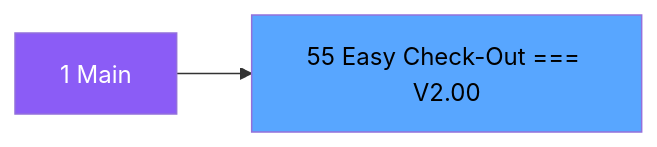
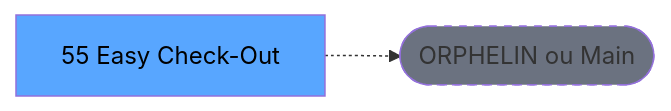
Before and after one commit to thonyAGP/lecteur-magic: the second of 3 diagrams in .openspec/renders/ADH-IDE-55.md, drawn with Mermaid. The commit also changed other lines of this file and 701 other files, not shown here.

````diff
--- a/.openspec/renders/ADH-IDE-55.md
+++ b/.openspec/renders/ADH-IDE-55.md
@@ -118,8 +117,8 @@
 ```mermaid
 graph LR
-    M[1 Main]
-    T[55 Easy Check-Out === V2.00]
-    M --> T
-    style M fill:#8b5cf6,color:#fff
+    T[55 Easy Check-Out ]
+    ORPHAN([ORPHELIN ou Main])
+    T -.-> ORPHAN
     style T fill:#58a6ff,color:#000
+    style ORPHAN fill:#6b7280,stroke-dasharray: 5 5
 ```
````
